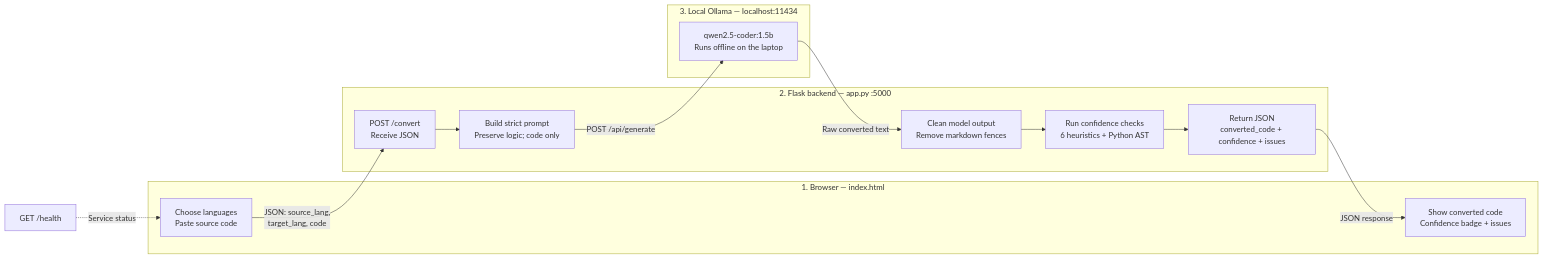
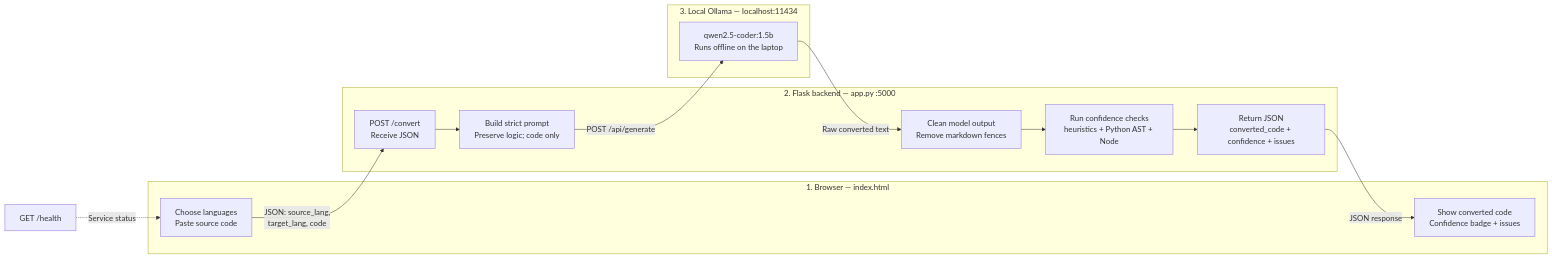
The first of 2 diagrams in README.md (mithun-srinivasan/codemigrate-mvp), drawn with Mermaid before and after one commit. The commit also changed other lines of this file, not shown here.

````diff
--- a/README.md
+++ b/README.md
@@ -102,28 +144,28 @@
 ```mermaid
 flowchart LR
   subgraph Browser["1. Browser — index.html"]
     Input["Choose languages<br/>Paste source code"]
     Results["Show converted code<br/>Confidence badge + issues"]
   end
 
   subgraph Backend["2. Flask backend — app.py :5000"]
     Convert["POST /convert<br/>Receive JSON"]
     Prompt["Build strict prompt<br/>Preserve logic; code only"]
     Clean["Clean model output<br/>Remove markdown fences"]
-    Check["Run confidence checks<br/>6 heuristics + Python AST"]
+    Check["Run confidence checks<br/>heuristics + Python AST + Node"]
     Response["Return JSON<br/>converted_code + confidence + issues"]
   end
 
   subgraph Ollama["3. Local Ollama — localhost:11434"]
     Model["qwen2.5-coder:1.5b<br/>Runs offline on the laptop"]
   end
 
   Input -->|"JSON: source_lang,<br/>target_lang, code"| Convert
   Convert --> Prompt
   Prompt -->|"POST /api/generate"| Model
   Model -->|"Raw converted text"| Clean
   Clean --> Check --> Response
   Response -->|"JSON response"| Results
 
   Health["GET /health"] -.->|"Service status"| Input
 ```
````
